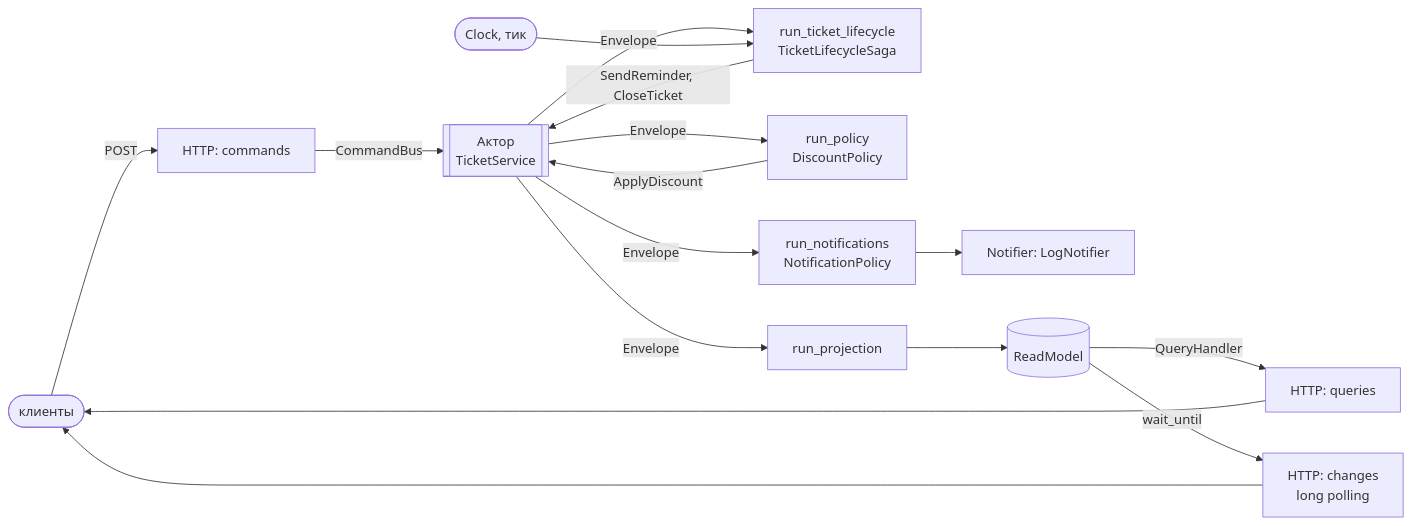
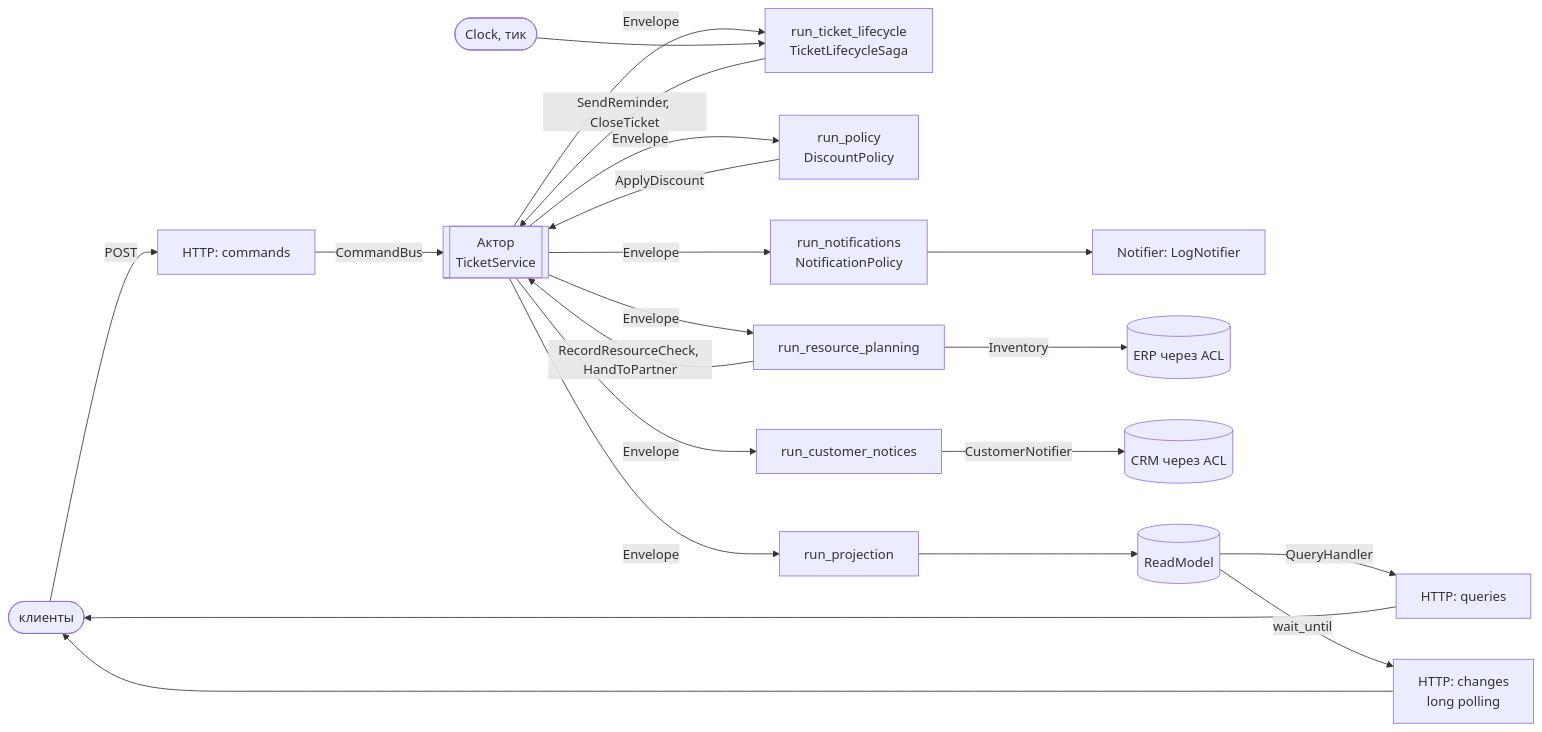
One commit to Dx-by-Dy/ALS-HW changed the fourth of 11 diagrams in hw10/ARCHITECTURE.md. Above: the diagram before and after it, drawn with Mermaid. The commit also changed other lines of this file and 1 other file, not shown here.

Commit message:
Documented HW10 architecture and implementation of ACL, open-host service and shared kernel

````diff
--- a/hw10/ARCHITECTURE.md
+++ b/hw10/ARCHITECTURE.md
@@ -250,18 +278,23 @@
 ```mermaid
 flowchart LR
     client(["клиенты"]) -->|POST| http["HTTP: commands"]
     http -->|CommandBus| actor[["Актор<br/>TicketService"]]
     actor -->|Envelope| saga["run_ticket_lifecycle<br/>TicketLifecycleSaga"]
     clock(["Clock, тик"]) --> saga
     saga -->|"SendReminder, CloseTicket"| actor
     actor -->|Envelope| pol["run_policy<br/>DiscountPolicy"]
     pol -->|ApplyDiscount| actor
     actor -->|Envelope| notif["run_notifications<br/>NotificationPolicy"]
     notif --> port["Notifier: LogNotifier"]
+    actor -->|Envelope| plan["run_resource_planning"]
+    plan -->|Inventory| erp[("ERP через ACL")]
+    plan -->|"RecordResourceCheck, HandToPartner"| actor
+    actor -->|Envelope| cn["run_customer_notices"]
+    cn -->|CustomerNotifier| crm[("CRM через ACL")]
     actor -->|Envelope| proj["run_projection"]
     proj --> rm[("ReadModel")]
     rm -->|QueryHandler| q["HTTP: queries"]
     rm -->|wait_until| lp["HTTP: changes<br/>long polling"]
     q --> client
     lp --> client
 ```
````
